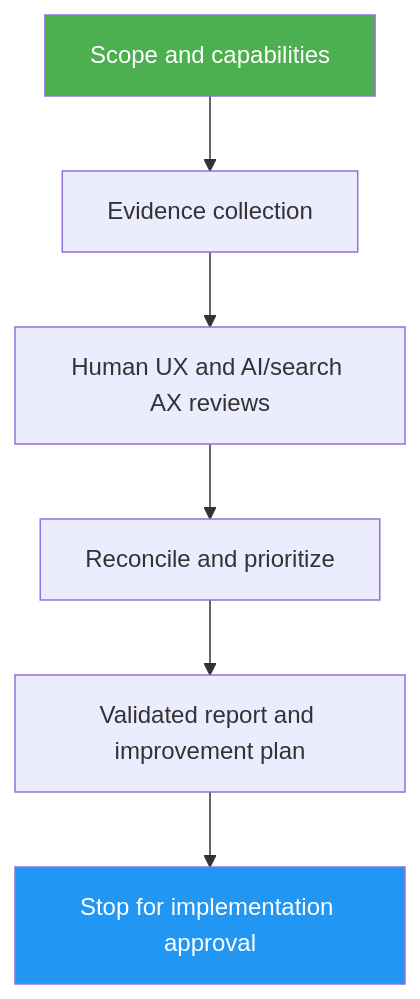
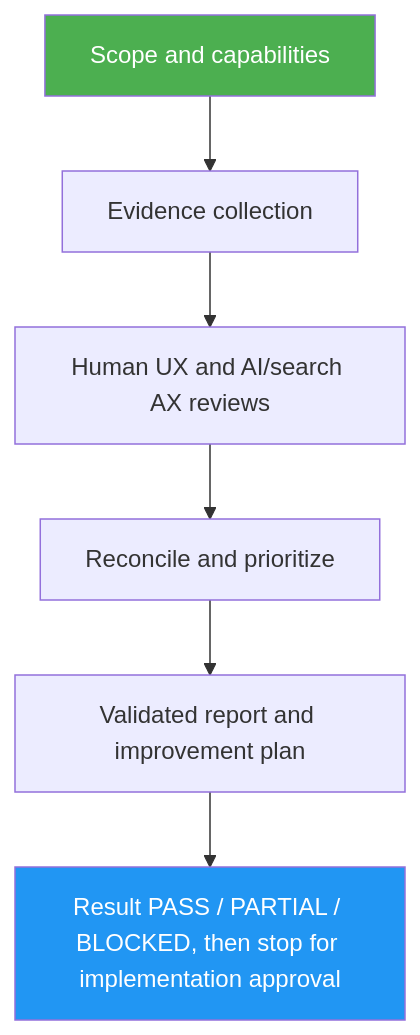
One commit to luongnv89/skills changed the diagram in skills/ux-ax-review/docs/README.md. Above: the diagram before and after it, drawn with Mermaid. The commit also changed other lines of this file and 10 other files, not shown here.

````diff
--- a/skills/ux-ax-review/docs/README.md
+++ b/skills/ux-ax-review/docs/README.md
@@ -33,10 +33,10 @@
 ```mermaid
 graph TD
     A[Scope and capabilities] --> B[Evidence collection]
     B --> C[Human UX and AI/search AX reviews]
     C --> D[Reconcile and prioritize]
     D --> E[Validated report and improvement plan]
-    E --> F[Stop for implementation approval]
+    E --> F[Result PASS / PARTIAL / BLOCKED, then stop for implementation approval]
     style A fill:#4CAF50,color:#fff
     style F fill:#2196F3,color:#fff
 ```
````
